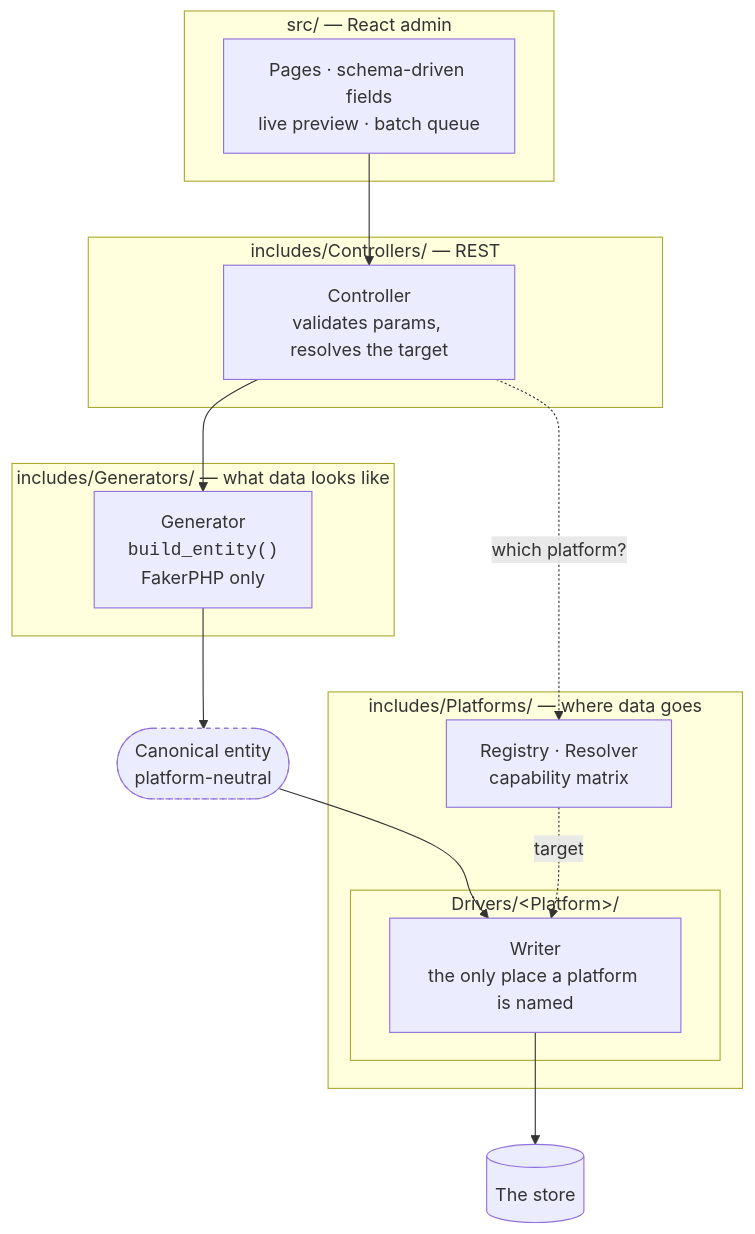
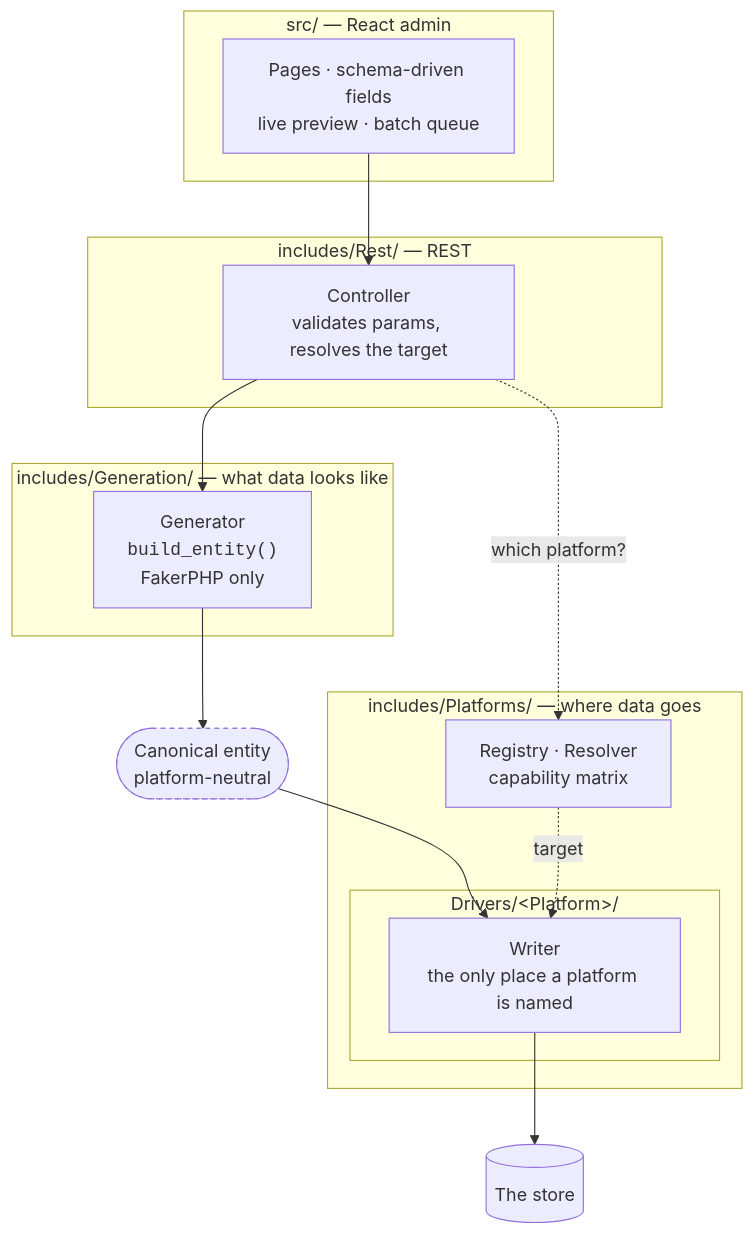
One commit to mralaminahamed/storeseeder changed the first of 4 diagrams in docs/architecture.md. Above: the diagram before and after it, drawn with Mermaid. The commit also changed other lines of this file and 5 other files, not shown here.

````diff
--- a/docs/architecture.md
+++ b/docs/architecture.md
@@ -77,36 +77,36 @@
 ```mermaid
 flowchart TD
     subgraph admin["src/ &mdash; React admin"]
         UI["Pages &middot; schema-driven fields<br/>live preview &middot; batch queue"]
     end
 
-    subgraph rest["includes/Controllers/ &mdash; REST"]
+    subgraph rest["includes/Rest/ &mdash; REST"]
         CTRL["Controller<br/>validates params, resolves the target"]
     end
 
-    subgraph gen["includes/Generators/ &mdash; what data looks like"]
+    subgraph gen["includes/Generation/ &mdash; what data looks like"]
         GEN["Generator<br/><code>build_entity()</code><br/>FakerPHP only"]
     end
 
     ENT(["Canonical entity<br/>platform-neutral"])
 
     subgraph plat["includes/Platforms/ &mdash; where data goes"]
         REG["Registry &middot; Resolver<br/>capability matrix"]
         subgraph drv["Drivers/&lt;Platform&gt;/"]
             WR["Writer<br/>the only place a platform is named"]
         end
     end
 
     STORE[("The store")]
 
     UI --> CTRL
     CTRL --> GEN
     GEN --> ENT
     ENT --> WR
     WR --> STORE
 
     CTRL -.->|"which platform?"| REG
     REG -.->|"target"| WR
 
     style ENT stroke-dasharray: 4 4
 ```
````
